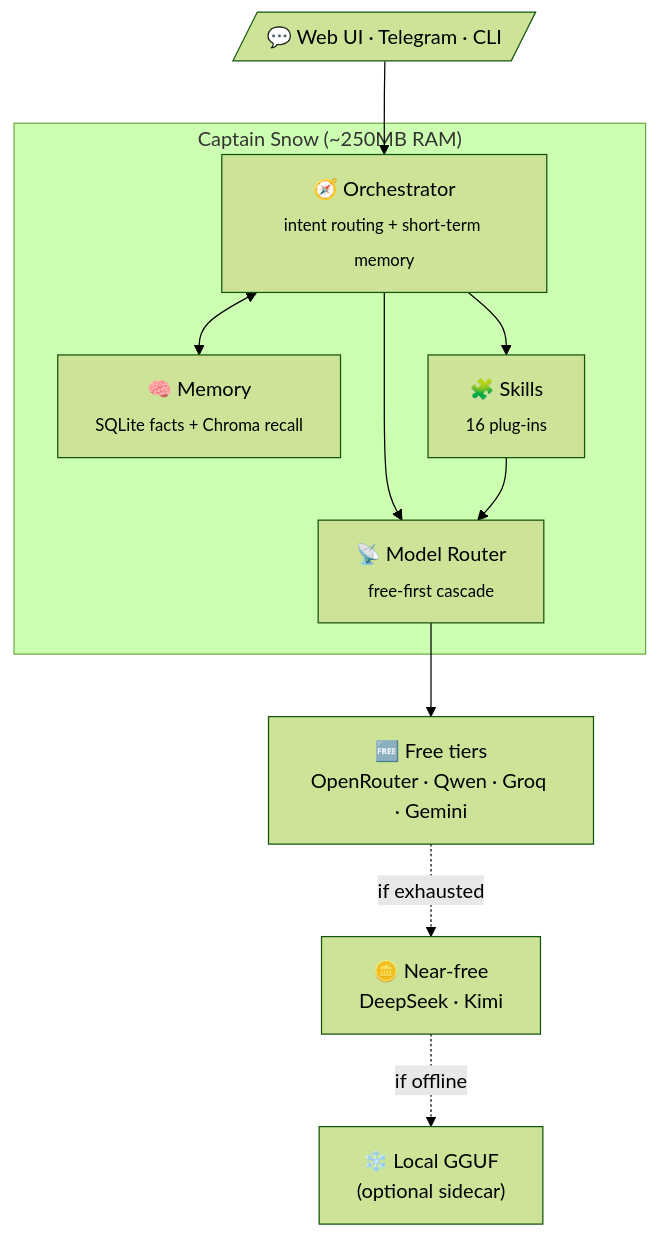
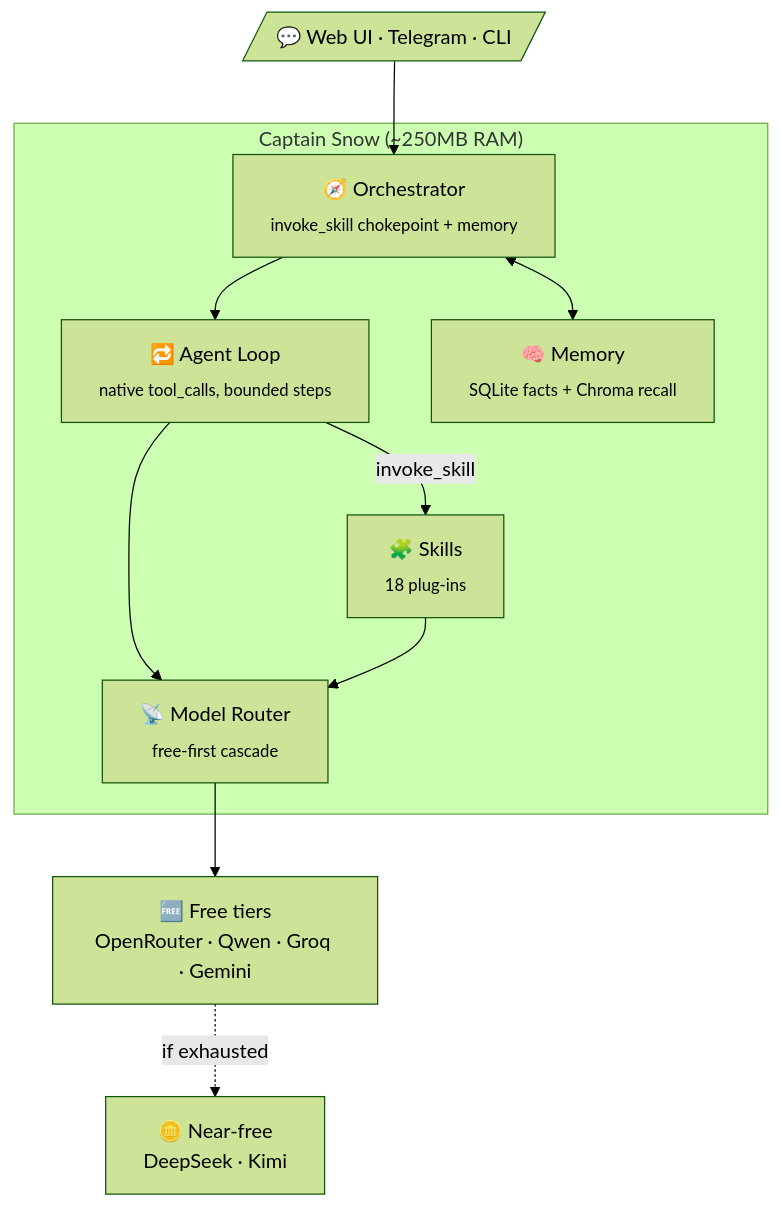
Before and after one commit to DGFcorporations/captain-snow-oss: the diagram in README.md, drawn with Mermaid (forest theme). The commit also changed other lines of this file and 34 other files, not shown here.

First line of the commit message:
feat: Mega Plan Agent rebuild — native tool-calling loop + megaplan skill

````diff
--- a/README.md
+++ b/README.md
@@ -126,19 +130,20 @@
 ```mermaid
 flowchart TD
     U[/"💬 Web UI · Telegram · CLI"/] --> O
 
     subgraph agent ["Captain Snow (~250MB RAM)"]
-        O["🧭 Orchestrator<br/><sub>intent routing + short-term memory</sub>"]
+        O["🧭 Orchestrator<br/><sub>invoke_skill chokepoint + memory</sub>"]
+        L["🔁 Agent Loop<br/><sub>native tool_calls, bounded steps</sub>"]
         M["🧠 Memory<br/><sub>SQLite facts + Chroma recall</sub>"]
         R["📡 Model Router<br/><sub>free-first cascade</sub>"]
-        S["🧩 Skills<br/><sub>16 plug-ins</sub>"]
+        S["🧩 Skills<br/><sub>18 plug-ins</sub>"]
+        O --> L
         O <--> M
-        O --> R
-        O --> S
+        L --> R
+        L -->|"invoke_skill"| S
         S --> R
     end
 
     R --> F["🆓 Free tiers<br/>OpenRouter · Qwen · Groq · Gemini"]
     F -.->|"if exhausted"| P["🪙 Near-free<br/>DeepSeek · Kimi"]
-    P -.->|"if offline"| L["❄️ Local GGUF<br/>(optional sidecar)"]
 ```
````
